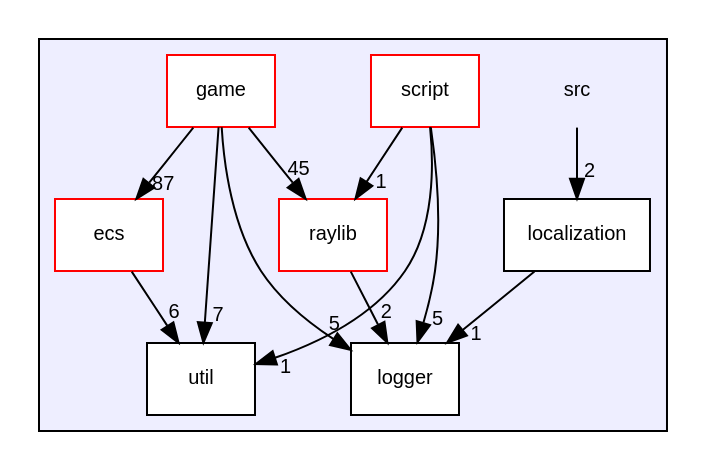
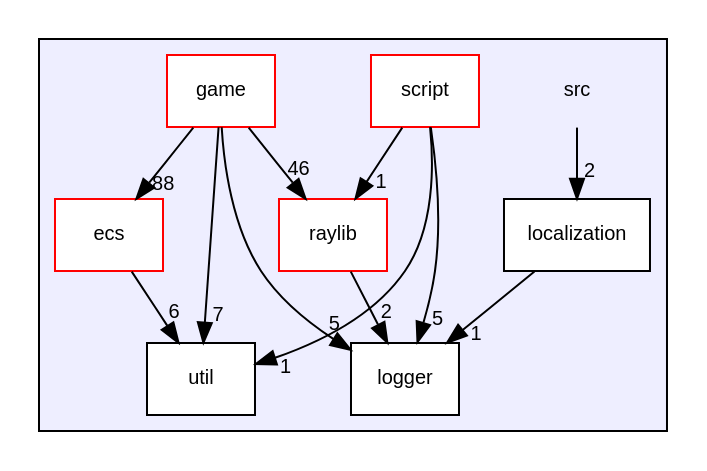
The diagram in dir_68267d1309a1af8e8297ef4c3efbcdba_dep.dot (MisterPeModder/Bomberman-Global-Offensive), drawn with Graphviz before and after one commit. The commit also changed 319 other files, not shown here.

```diff
--- a/dir_68267d1309a1af8e8297ef4c3efbcdba_dep.dot
+++ b/dir_68267d1309a1af8e8297ef4c3efbcdba_dep.dot
@@ -1,27 +1,27 @@
 digraph "src" {
   compound=true
   node [ fontsize="10", fontname="Helvetica"];
   edge [ labelfontsize="10", labelfontname="Helvetica"];
   subgraph clusterdir_68267d1309a1af8e8297ef4c3efbcdba {
     graph [ bgcolor="#eeeeff", pencolor="black", label="" URL="dir_68267d1309a1af8e8297ef4c3efbcdba.html"];
     dir_68267d1309a1af8e8297ef4c3efbcdba [shape=plaintext label="src"];
     dir_ddca5f149c4ce13074f28b270e950ba9 [shape=box label="ecs" color="red" fillcolor="white" style="filled" URL="dir_ddca5f149c4ce13074f28b270e950ba9.html"];
     dir_1699be727a800b1d059c6f7f2b91d2ee [shape=box label="game" color="red" fillcolor="white" style="filled" URL="dir_1699be727a800b1d059c6f7f2b91d2ee.html"];
     dir_502e2e551a70cf7978464aef90fcfcf1 [shape=box label="localization" color="black" fillcolor="white" style="filled" URL="dir_502e2e551a70cf7978464aef90fcfcf1.html"];
     dir_ffde1fbcaa8d6b0d34e29c3bddf7a801 [shape=box label="logger" color="black" fillcolor="white" style="filled" URL="dir_ffde1fbcaa8d6b0d34e29c3bddf7a801.html"];
     dir_d4cc5f0b3cfddd1b0952a9e00053f649 [shape=box label="raylib" color="red" fillcolor="white" style="filled" URL="dir_d4cc5f0b3cfddd1b0952a9e00053f649.html"];
     dir_fe414d616bd0c4668e6515f48824338f [shape=box label="script" color="red" fillcolor="white" style="filled" URL="dir_fe414d616bd0c4668e6515f48824338f.html"];
     dir_b7878ad5ecbf2506f4125b9d34c97e45 [shape=box label="util" color="black" fillcolor="white" style="filled" URL="dir_b7878ad5ecbf2506f4125b9d34c97e45.html"];
   }
   dir_68267d1309a1af8e8297ef4c3efbcdba->dir_502e2e551a70cf7978464aef90fcfcf1 [headlabel="2", labeldistance=1.5 headhref="dir_000000_000022.html"];
   dir_fe414d616bd0c4668e6515f48824338f->dir_b7878ad5ecbf2506f4125b9d34c97e45 [headlabel="1", labeldistance=1.5 headhref="dir_000024_000026.html"];
   dir_fe414d616bd0c4668e6515f48824338f->dir_ffde1fbcaa8d6b0d34e29c3bddf7a801 [headlabel="5", labeldistance=1.5 headhref="dir_000024_000023.html"];
   dir_fe414d616bd0c4668e6515f48824338f->dir_d4cc5f0b3cfddd1b0952a9e00053f649 [headlabel="1", labeldistance=1.5 headhref="dir_000024_000010.html"];
   dir_ddca5f149c4ce13074f28b270e950ba9->dir_b7878ad5ecbf2506f4125b9d34c97e45 [headlabel="6", labeldistance=1.5 headhref="dir_000001_000026.html"];
   dir_d4cc5f0b3cfddd1b0952a9e00053f649->dir_ffde1fbcaa8d6b0d34e29c3bddf7a801 [headlabel="2", labeldistance=1.5 headhref="dir_000010_000023.html"];
   dir_502e2e551a70cf7978464aef90fcfcf1->dir_ffde1fbcaa8d6b0d34e29c3bddf7a801 [headlabel="1", labeldistance=1.5 headhref="dir_000022_000023.html"];
   dir_1699be727a800b1d059c6f7f2b91d2ee->dir_b7878ad5ecbf2506f4125b9d34c97e45 [headlabel="7", labeldistance=1.5 headhref="dir_000007_000026.html"];
   dir_1699be727a800b1d059c6f7f2b91d2ee->dir_ffde1fbcaa8d6b0d34e29c3bddf7a801 [headlabel="5", labeldistance=1.5 headhref="dir_000007_000023.html"];
-  dir_1699be727a800b1d059c6f7f2b91d2ee->dir_ddca5f149c4ce13074f28b270e950ba9 [headlabel="87", labeldistance=1.5 headhref="dir_000007_000001.html"];
-  dir_1699be727a800b1d059c6f7f2b91d2ee->dir_d4cc5f0b3cfddd1b0952a9e00053f649 [headlabel="45", labeldistance=1.5 headhref="dir_000007_000010.html"];
+  dir_1699be727a800b1d059c6f7f2b91d2ee->dir_ddca5f149c4ce13074f28b270e950ba9 [headlabel="88", labeldistance=1.5 headhref="dir_000007_000001.html"];
+  dir_1699be727a800b1d059c6f7f2b91d2ee->dir_d4cc5f0b3cfddd1b0952a9e00053f649 [headlabel="46", labeldistance=1.5 headhref="dir_000007_000010.html"];
 }
```
